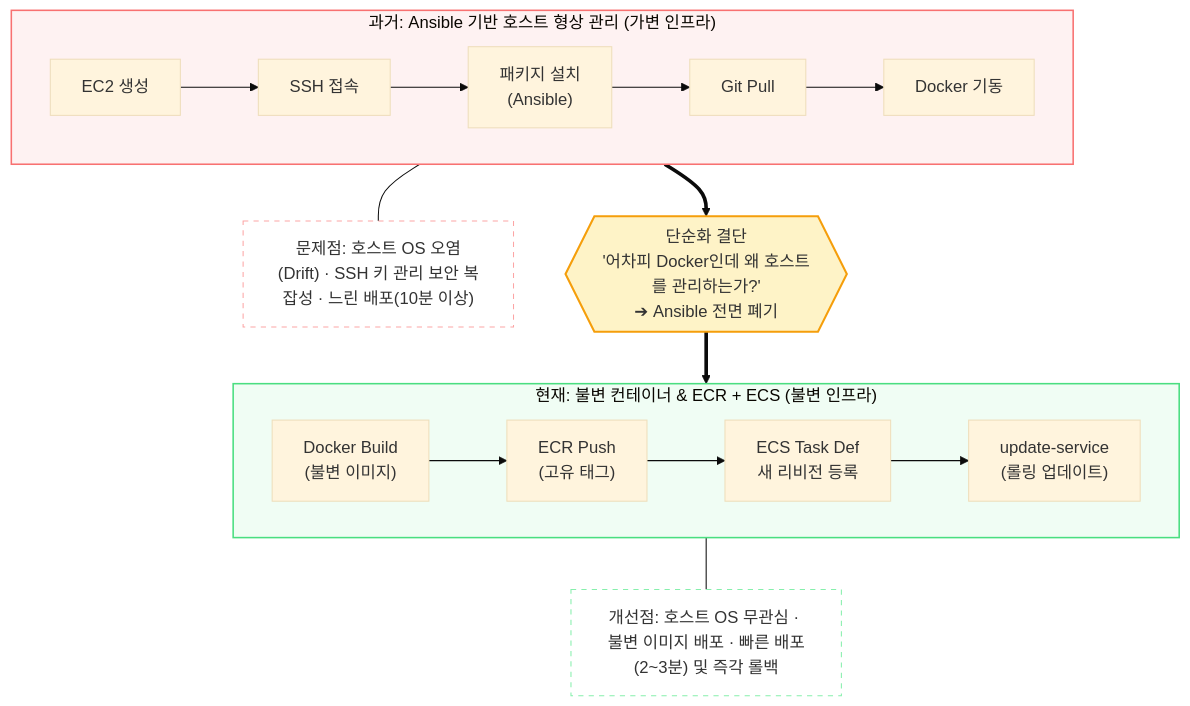
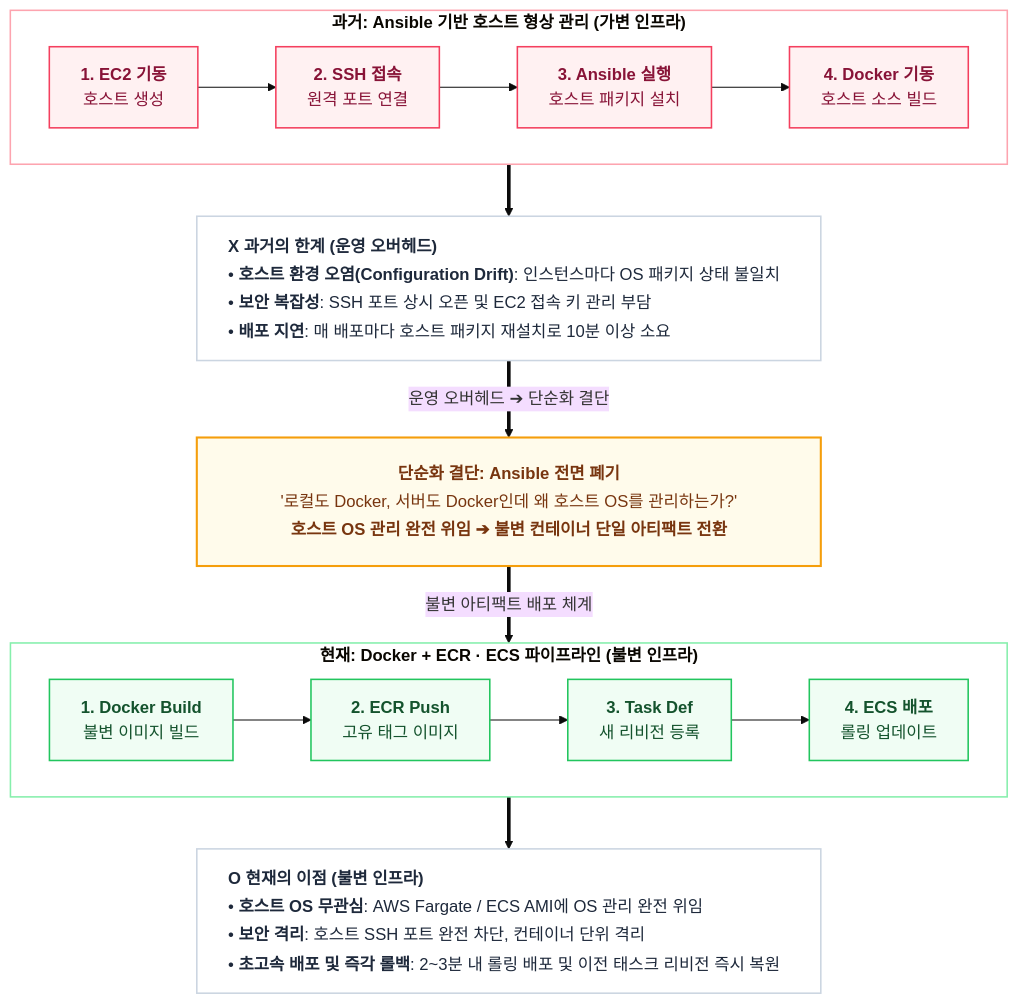
One commit to tomato-vault/tomato-vault.github.io changed the fourth of 5 diagrams in _posts/tech/ai-agent-architecture/8 어차피 도커인데 앤서블은 왜 썼을까.md. Above: the diagram before and after it, drawn with Mermaid (base theme). The commit also changed other lines of this file and 13 other files, not shown here.

First line of the commit message:
Refactor and enhance AI agent architecture documentation

````diff
--- a/_posts/tech/ai-agent-architecture/8 어차피 도커인데 앤서블은 왜 썼을까.md
+++ b/_posts/tech/ai-agent-architecture/8 어차피 도커인데 앤서블은 왜 썼을까.md
@@ -252,29 +250,41 @@
 ```mermaid
 flowchart TD
-    subgraph PAST ["과거: Ansible 기반 호스트 형상 관리 (가변 인프라)"]
+    classDef pastFlow fill:#fff1f2,stroke:#f43f5e,stroke-width:1.5px,color:#881337
+    classDef presentFlow fill:#f0fdf4,stroke:#22c55e,stroke-width:1.5px,color:#14532d
+    classDef decision fill:#fffbeb,stroke:#f59e0b,stroke-width:2px,color:#78350f
+    classDef card fill:#ffffff,stroke:#cbd5e1,stroke-width:1.5px,color:#1e293b
+
+    subgraph PAST ["<b>과거: Ansible 기반 호스트 형상 관리 (가변 인프라)</b>"]
         direction LR
-        P1["EC2 생성"] --> P2["SSH 접속"] --> P3["패키지 설치\n(Ansible)"] --> P4["Git Pull"] --> P5["Docker 기동"]
-    end
-    
-    NOTE1["문제점: 호스트 OS 오염(Drift) · SSH 키 관리 보안 복잡성 · 느린 배포(10분 이상)"]
-    PAST --- NOTE1
-
-    DECISION{{"단순화 결단\n'어차피 Docker인데 왜 호스트를 관리하는가?'\n➔ Ansible 전면 폐기"}}
-
-    subgraph PRESENT ["현재: 불변 컨테이너 & ECR + ECS (불변 인프라)"]
-        direction LR
-        C1["Docker Build\n(불변 이미지)"] --> C2["ECR Push\n(고유 태그)"] --> C3["ECS Task Def\n새 리비전 등록"] --> C4["update-service\n(롤링 업데이트)"]
+        P1["<b>1. EC2 기동</b><br/>호스트 생성"]:::pastFlow
+        P2["<b>2. SSH 접속</b><br/>원격 포트 연결"]:::pastFlow
+        P3["<b>3. Ansible 실행</b><br/>호스트 패키지 설치"]:::pastFlow
+        P4["<b>4. Docker 기동</b><br/>호스트 소스 빌드"]:::pastFlow
+        P1 --> P2 --> P3 --> P4
     end
 
-    NOTE2["개선점: 호스트 OS 무관심 · 불변 이미지 배포 · 빠른 배포(2~3분) 및 즉각 롤백"]
-    PRESENT --- NOTE2
+    P_RISK["<div style='width:540px; text-align:left; line-height:1.7;'><b>X 과거의 한계 (운영 오버헤드)</b><br/>• <b>호스트 환경 오염(Configuration Drift)</b>: 인스턴스마다 OS 패키지 상태 불일치<br/>• <b>보안 복잡성</b>: SSH 포트 상시 오픈 및 EC2 접속 키 관리 부담<br/>• <b>배포 지연</b>: 매 배포마다 호스트 패키지 재설치로 10분 이상 소요</div>"]:::card
 
-    PAST ==> DECISION
-    DECISION ==> PRESENT
+    PAST ==> P_RISK
+    P_RISK ==>|"운영 오버헤드 ➔ 단순화 결단"| DECISION
 
-    style PAST fill:#fef2f2,stroke:#f87171,stroke-width:1.5px;
-    style PRESENT fill:#f0fdf4,stroke:#4ade80,stroke-width:1.5px;
-    style DECISION fill:#fef3c7,stroke:#f59e0b,stroke-width:2px;
-    style NOTE1 fill:#ffffff,stroke:#fca5a5,stroke-dasharray: 5 5;
-    style NOTE2 fill:#ffffff,stroke:#86efac,stroke-dasharray: 5 5;
+    DECISION["<div style='width:540px; text-align:center; padding:6px 0; line-height:1.7;'><b>단순화 결단: Ansible 전면 폐기</b><br/><span style='color:#b45309;'>'로컬도 Docker, 서버도 Docker인데 왜 호스트 OS를 관리하는가?'</span><br/><b>호스트 OS 관리 완전 위임 ➔ 불변 컨테이너 단일 아티팩트 전환</b></div>"]:::decision
+
+    DECISION ==>|"불변 아티팩트 배포 체계"| PRESENT
+
+    subgraph PRESENT ["<b>현재: Docker + ECR · ECS 파이프라인 (불변 인프라)</b>"]
+        direction LR
+        C1["<b>1. Docker Build</b><br/>불변 이미지 빌드"]:::presentFlow
+        C2["<b>2. ECR Push</b><br/>고유 태그 이미지"]:::presentFlow
+        C3["<b>3. Task Def</b><br/>새 리비전 등록"]:::presentFlow
+        C4["<b>4. ECS 배포</b><br/>롤링 업데이트"]:::presentFlow
+        C1 --> C2 --> C3 --> C4
+    end
+
+    PRESENT ==> C_BENEFIT
+
+    C_BENEFIT["<div style='width:540px; text-align:left; line-height:1.7;'><b>O 현재의 이점 (불변 인프라)</b><br/>• <b>호스트 OS 무관심</b>: AWS Fargate / ECS AMI에 OS 관리 완전 위임<br/>• <b>보안 격리</b>: 호스트 SSH 포트 완전 차단, 컨테이너 단위 격리<br/>• <b>초고속 배포 및 즉각 롤백</b>: 2~3분 내 롤링 배포 및 이전 태스크 리비전 즉시 복원</div>"]:::card
+
+    style PAST fill:#ffffff,stroke:#fda4af,stroke-width:1.5px
+    style PRESENT fill:#ffffff,stroke:#86efac,stroke-width:1.5px
 ```
````
